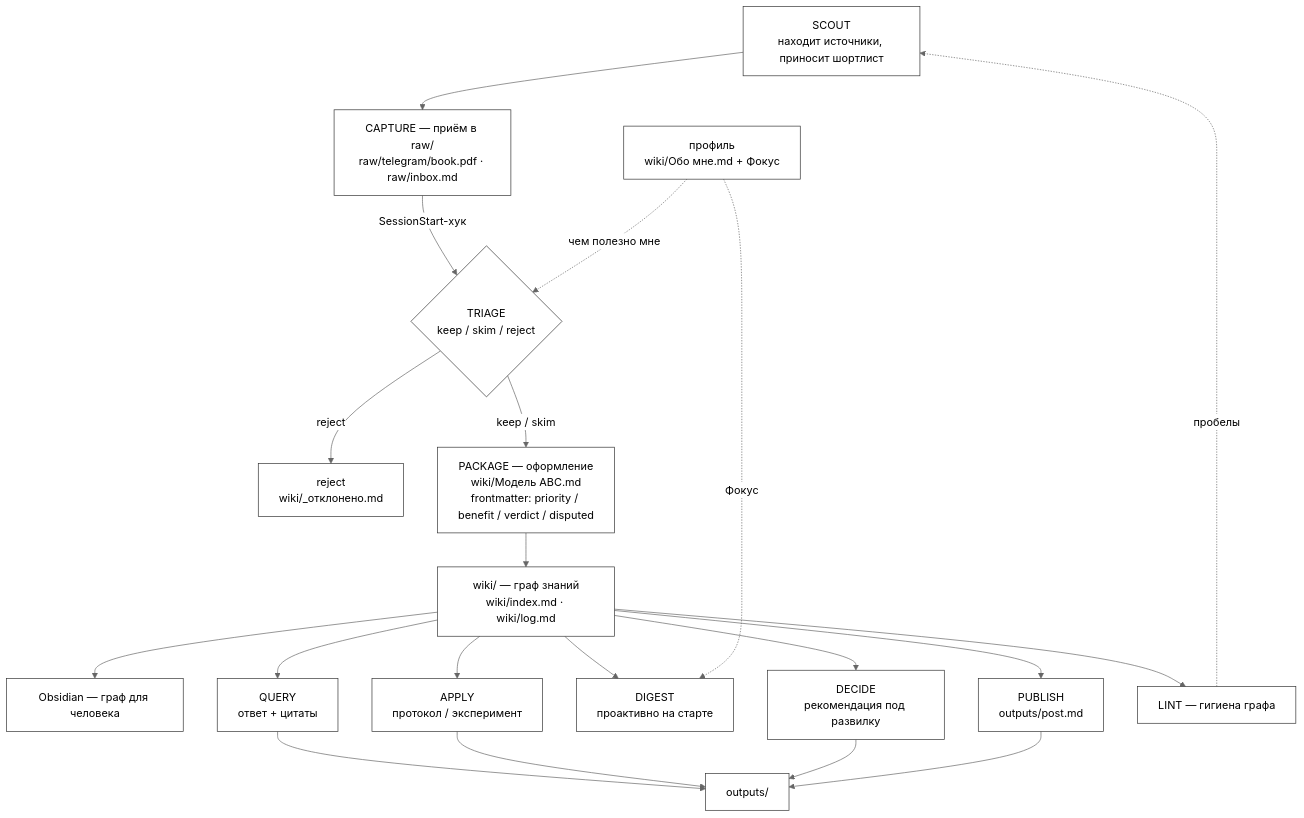
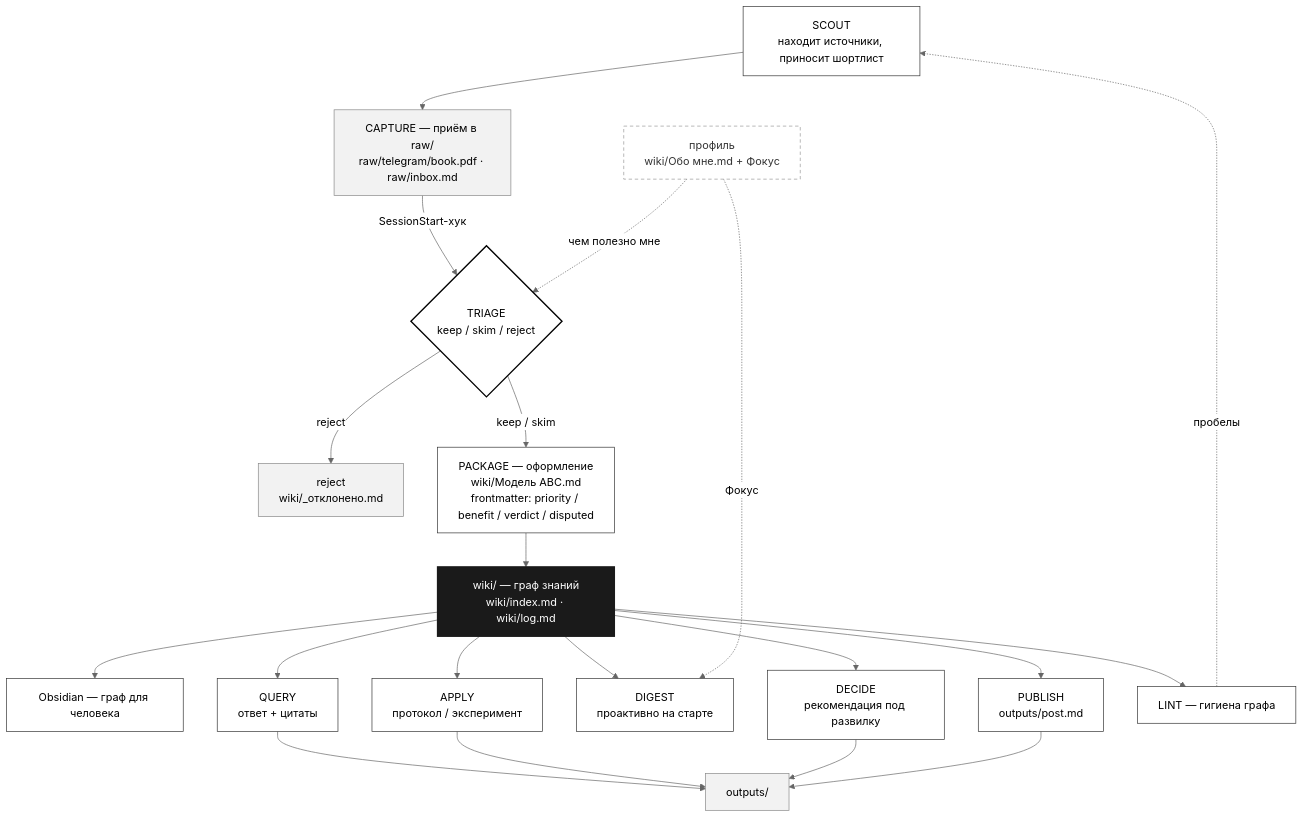
One commit to cryptoyoginya/second-brain changed the diagram in README.md. Above: the diagram before and after it, drawn with Mermaid.

Commit message:
docs: README — акцент в схеме (монохром с иерархией оттенков)
wiki/ — чёрный hero-узел; raw/outputs/reject — серые хранилища; TRIAGE —
выделенное решение; профиль — пунктир (влияние). Без цвета, но с глубиной.

````diff
--- a/README.md
+++ b/README.md
@@ -43,42 +43,50 @@
 ```mermaid
 %%{init: {'theme':'neutral'}}%%
 flowchart TD
     SCOUT["SCOUT<br/>находит источники, приносит шортлист"]
     CAPTURE["CAPTURE — приём в raw/<br/>raw/telegram/book.pdf · raw/inbox.md"]
     TRIAGE{"TRIAGE<br/>keep / skim / reject"}
     REJECT["reject<br/>wiki/_отклонено.md"]
     PACKAGE["PACKAGE — оформление<br/>wiki/Модель ABC.md<br/>frontmatter: priority / benefit / verdict / disputed"]
     WIKI["wiki/ — граф знаний<br/>wiki/index.md · wiki/log.md"]
     OBS["Obsidian — граф для человека"]
     PROFILE["профиль<br/>wiki/Обо мне.md + Фокус"]
     QUERY["QUERY<br/>ответ + цитаты"]
     APPLY["APPLY<br/>протокол / эксперимент"]
     DIGEST["DIGEST<br/>проактивно на старте"]
     DECIDE["DECIDE<br/>рекомендация под развилку"]
     PUBLISH["PUBLISH<br/>outputs/post.md"]
     OUT["outputs/"]
     LINT["LINT — гигиена графа"]
 
     SCOUT --> CAPTURE
     CAPTURE -->|"SessionStart-хук"| TRIAGE
     PROFILE -.->|"чем полезно мне"| TRIAGE
     TRIAGE -->|"reject"| REJECT
     TRIAGE -->|"keep / skim"| PACKAGE
     PACKAGE --> WIKI
     WIKI --> OBS
     WIKI --> QUERY
     WIKI --> APPLY
     WIKI --> DIGEST
     WIKI --> DECIDE
     WIKI --> PUBLISH
     PROFILE -.->|"Фокус"| DIGEST
     QUERY --> OUT
     APPLY --> OUT
     DECIDE --> OUT
     PUBLISH --> OUT
     WIKI --> LINT
     LINT -.->|"пробелы"| SCOUT
 
-    classDef mono fill:#ffffff,stroke:#333,stroke-width:1px,color:#000;
-    class SCOUT,CAPTURE,TRIAGE,REJECT,PACKAGE,WIKI,OBS,PROFILE,QUERY,APPLY,DIGEST,DECIDE,PUBLISH,OUT,LINT mono;
+    classDef op fill:#ffffff,stroke:#333,stroke-width:1px,color:#000;
+    classDef store fill:#f2f2f2,stroke:#888,stroke-width:1px,color:#000;
+    classDef core fill:#1a1a1a,stroke:#1a1a1a,stroke-width:2px,color:#ffffff;
+    classDef decision fill:#ffffff,stroke:#000,stroke-width:2px,color:#000;
+    classDef profile fill:#ffffff,stroke:#999,stroke-width:1px,color:#333,stroke-dasharray:5 4;
+    class SCOUT,PACKAGE,QUERY,APPLY,DIGEST,DECIDE,PUBLISH,LINT,OBS op;
+    class CAPTURE,REJECT,OUT store;
+    class WIKI core;
+    class TRIAGE decision;
+    class PROFILE profile;
 ```
````
